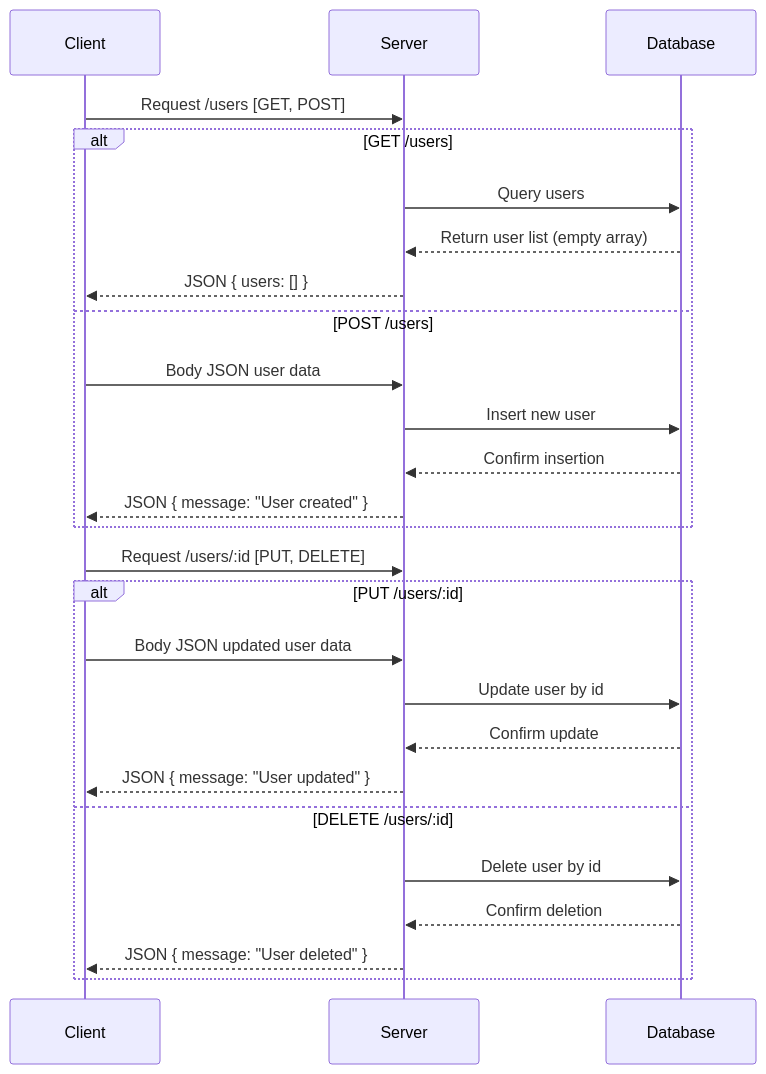
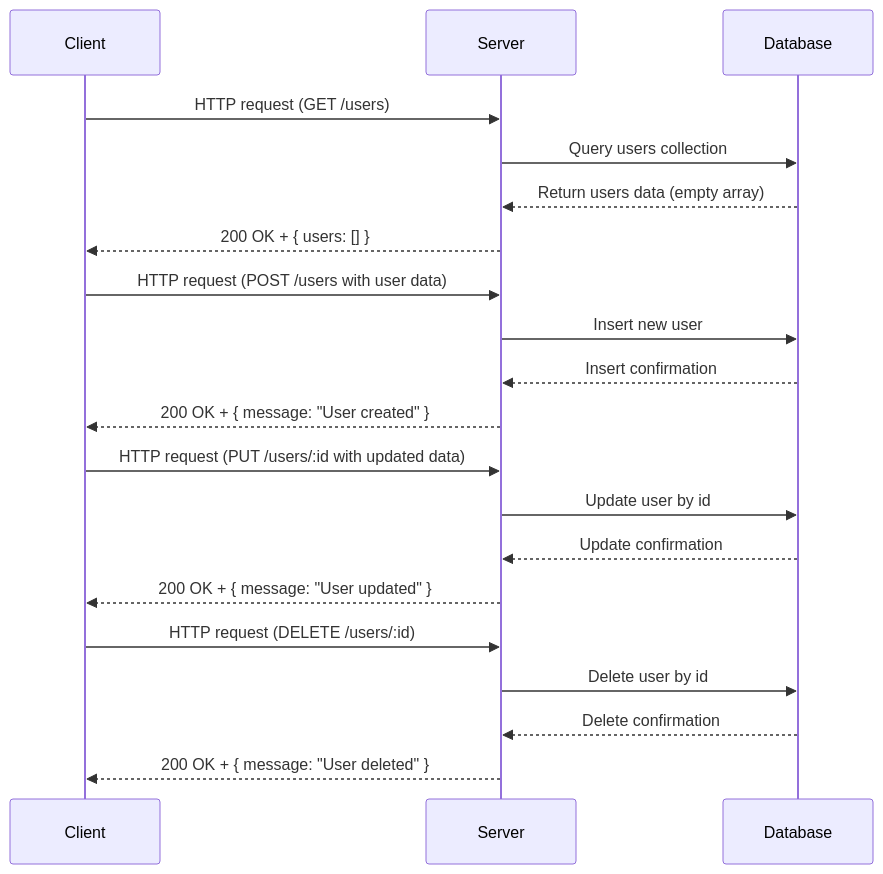
The diagram in generated-api-docs.md (swmiya8/sample-api-key), drawn with Mermaid before and after one commit. The commit also changed other lines of this file, not shown here.

````diff
--- a/generated-api-docs.md
+++ b/generated-api-docs.md
@@ -230,30 +250,26 @@
 ```mermaid
 sequenceDiagram
     participant Client
     participant Server
     participant Database
 
-    Client->>Server: Request /users [GET, POST]
-    alt GET /users
-        Server->>Database: Query users
-        Database-->>Server: Return user list (empty array)
-        Server-->>Client: JSON { users: [] }
-    else POST /users
-        Client->>Server: Body JSON user data
-        Server->>Database: Insert new user
-        Database-->>Server: Confirm insertion
-        Server-->>Client: JSON { message: "User created" }
-    end
+    Client->>Server: HTTP request (GET /users)
+    Server->>Database: Query users collection
+    Database-->>Server: Return users data (empty array)
+    Server-->>Client: 200 OK + { users: [] }
 
-    Client->>Server: Request /users/:id [PUT, DELETE]
-    alt PUT /users/:id
-        Client->>Server: Body JSON updated user data
-        Server->>Database: Update user by id
-        Database-->>Server: Confirm update
-        Server-->>Client: JSON { message: "User updated" }
-    else DELETE /users/:id
-        Server->>Database: Delete user by id
-        Database-->>Server: Confirm deletion
-        Server-->>Client: JSON { message: "User deleted" }
-    end
+    Client->>Server: HTTP request (POST /users with user data)
+    Server->>Database: Insert new user
+    Database-->>Server: Insert confirmation
+    Server-->>Client: 200 OK + { message: "User created" }
+
+    Client->>Server: HTTP request (PUT /users/:id with updated data)
+    Server->>Database: Update user by id
+    Database-->>Server: Update confirmation
+    Server-->>Client: 200 OK + { message: "User updated" }
+
+    Client->>Server: HTTP request (DELETE /users/:id)
+    Server->>Database: Delete user by id
+    Database-->>Server: Delete confirmation
+    Server-->>Client: 200 OK + { message: "User deleted" }
 ```
````
